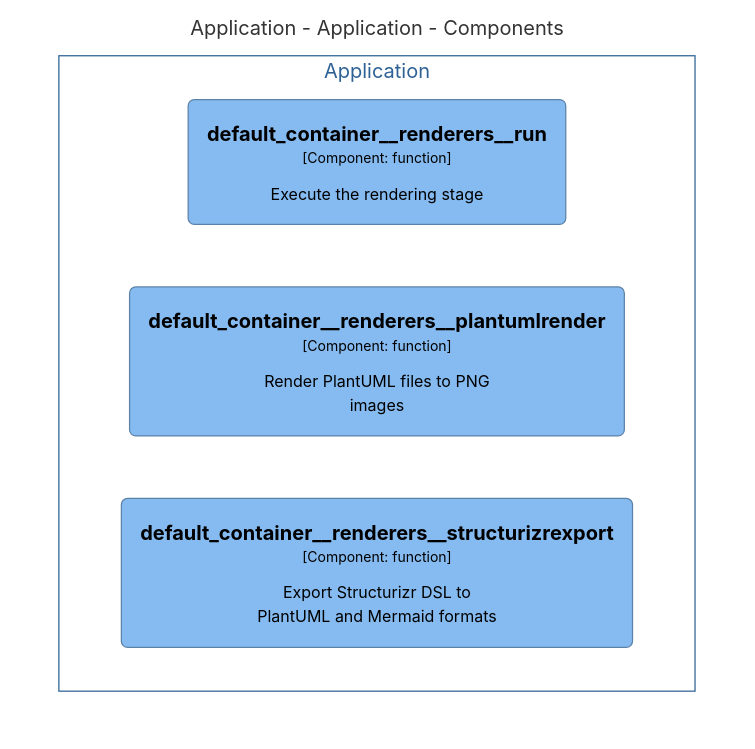
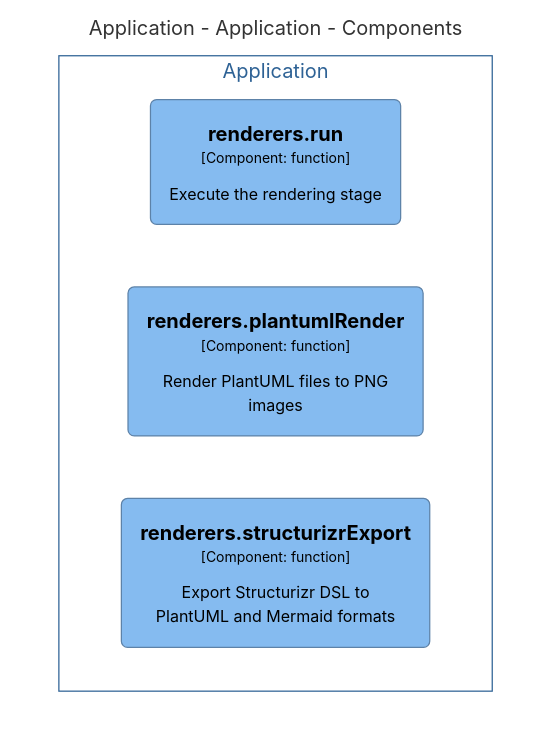
The diagram in docs/architecture/diagrams/mermaid/structurizr-Classes_default_container__renderers.mmd (chrislyons-dev/archlette), drawn with Mermaid (neutral theme) before and after one commit. The commit also changed 135 other files, not shown here.

```diff
--- a/docs/architecture/diagrams/mermaid/structurizr-Classes_default_container__renderers.mmd
+++ b/docs/architecture/diagrams/mermaid/structurizr-Classes_default_container__renderers.mmd
@@ -1,18 +1,18 @@
 graph TB
   linkStyle default fill:#ffffff
 
   subgraph diagram ["Application - Application - Components"]
     style diagram fill:#ffffff,stroke:#ffffff
 
     subgraph 8 ["Application"]
       style 8 fill:#ffffff,stroke:#2e6295,color:#2e6295
 
-      33("<div style='font-weight: bold'>default_container__renderers__run</div><div style='font-size: 70%; margin-top: 0px'>[Component: function]</div><div style='font-size: 80%; margin-top:10px'>Execute the rendering stage</div>")
-      style 33 fill:#85bbf0,stroke:#5d82a8,color:#000000
-      95("<div style='font-weight: bold'>default_container__renderers__plantumlrender</div><div style='font-size: 70%; margin-top: 0px'>[Component: function]</div><div style='font-size: 80%; margin-top:10px'>Render PlantUML files to PNG<br />images</div>")
-      style 95 fill:#85bbf0,stroke:#5d82a8,color:#000000
-      96("<div style='font-weight: bold'>default_container__renderers__structurizrexport</div><div style='font-size: 70%; margin-top: 0px'>[Component: function]</div><div style='font-size: 80%; margin-top:10px'>Export Structurizr DSL to<br />PlantUML and Mermaid formats</div>")
+      32("<div style='font-weight: bold'>renderers.run</div><div style='font-size: 70%; margin-top: 0px'>[Component: function]</div><div style='font-size: 80%; margin-top:10px'>Execute the rendering stage</div>")
+      style 32 fill:#85bbf0,stroke:#5d82a8,color:#000000
+      96("<div style='font-weight: bold'>renderers.plantumlRender</div><div style='font-size: 70%; margin-top: 0px'>[Component: function]</div><div style='font-size: 80%; margin-top:10px'>Render PlantUML files to PNG<br />images</div>")
       style 96 fill:#85bbf0,stroke:#5d82a8,color:#000000
+      97("<div style='font-weight: bold'>renderers.structurizrExport</div><div style='font-size: 70%; margin-top: 0px'>[Component: function]</div><div style='font-size: 80%; margin-top:10px'>Export Structurizr DSL to<br />PlantUML and Mermaid formats</div>")
+      style 97 fill:#85bbf0,stroke:#5d82a8,color:#000000
     end
 
   end
```
